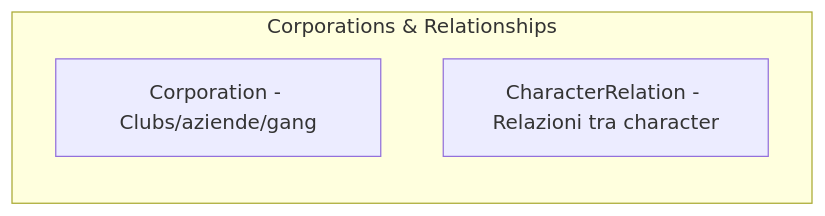
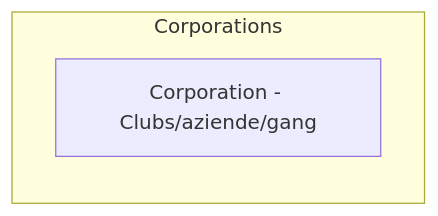
One commit to pagliagen/tenpennynovels changed the tenth of 14 diagrams in docs/tecnica/infrastructure/mongodb-schemas.md. Above: the diagram before and after it, drawn with Mermaid. The commit also changed other lines of this file and 523 other files, not shown here.

````diff
--- a/docs/tecnica/infrastructure/mongodb-schemas.md
+++ b/docs/tecnica/infrastructure/mongodb-schemas.md
@@ -110,7 +135,6 @@
 ```mermaid
 flowchart LR
-    subgraph Corp["Corporations & Relationships"]
+    subgraph Corp["Corporations"]
         Corporation[Corporation - Clubs/aziende/gang]
-        CharacterRelation[CharacterRelation - Relazioni tra character]
     end
 ```
````
